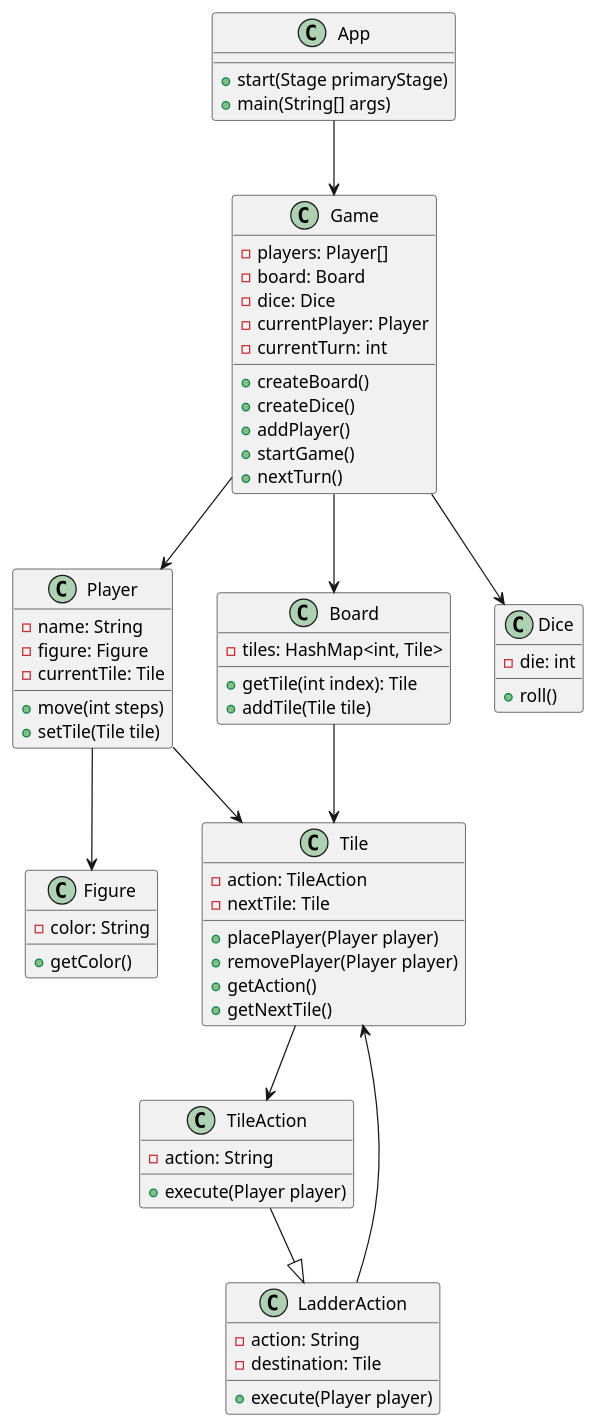
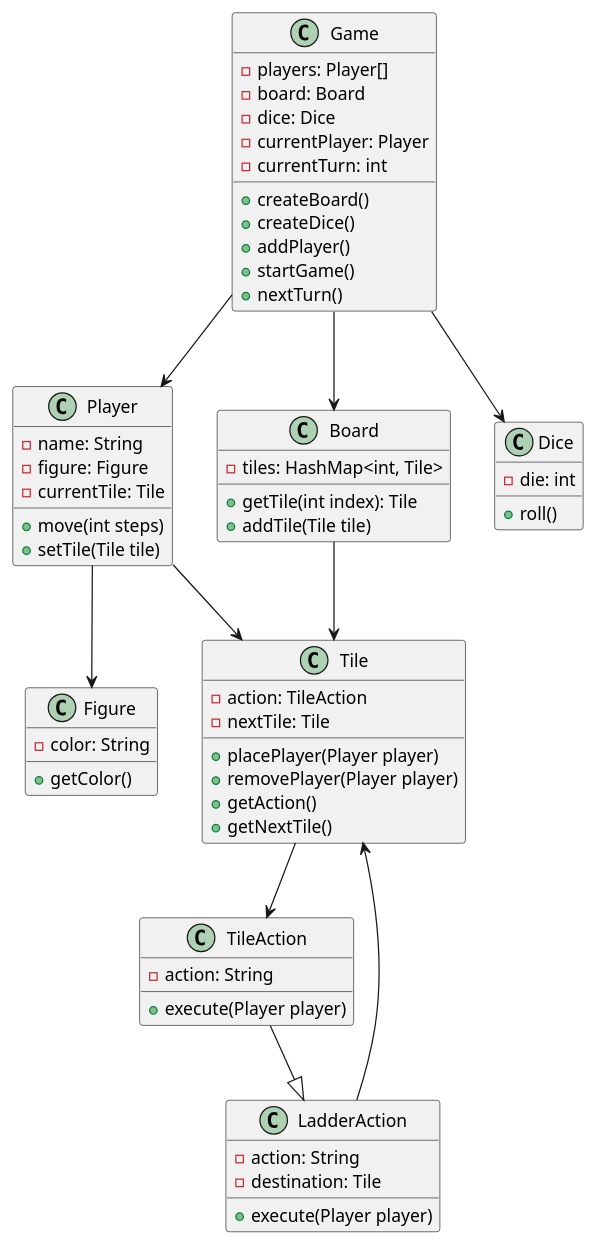
One commit to Segward/ladder-game changed the diagram in classdiagram.puml. Above: the diagram before and after it, drawn with PlantUML. The commit also changed 19 other files, not shown here.

```diff
--- a/classdiagram.puml
+++ b/classdiagram.puml
@@ -1,76 +1,70 @@
 @startuml
-
-class App {
-    +start(Stage primaryStage)
-    +main(String[] args)
-}
 
 class Game {
     -players: Player[]
     -board: Board
     -dice: Dice
     -currentPlayer: Player
     -currentTurn: int
     +createBoard()
     +createDice()
     +addPlayer()
     +startGame()
     +nextTurn()
 }
 
 class Player {
     -name: String
     -figure: Figure
     -currentTile: Tile
     +move(int steps)
     +setTile(Tile tile)
 }
 
 class Figure {
     -color: String
     +getColor()
 }
 
 class Board {
     -tiles: HashMap<int, Tile>
     +getTile(int index): Tile
     +addTile(Tile tile)
 }
 
 class Dice {
     -die: int
     +roll()
 }
 
 class Tile {
     -action: TileAction
     -nextTile: Tile
     +placePlayer(Player player)
     +removePlayer(Player player)
     +getAction()
     +getNextTile()
 }
 
 class TileAction {
     -action: String
     +execute(Player player)
 }
 
 class LadderAction {
     -action: String
     -destination: Tile
     +execute(Player player)
 }
 
-App --> Game
 Game --> Player
 Game --> Board
 Game --> Dice
 Player --> Figure
 Board --> Tile
 Tile --> TileAction
 TileAction --|> LadderAction
 LadderAction --> Tile
 Player --> Tile
 
 @enduml
```
